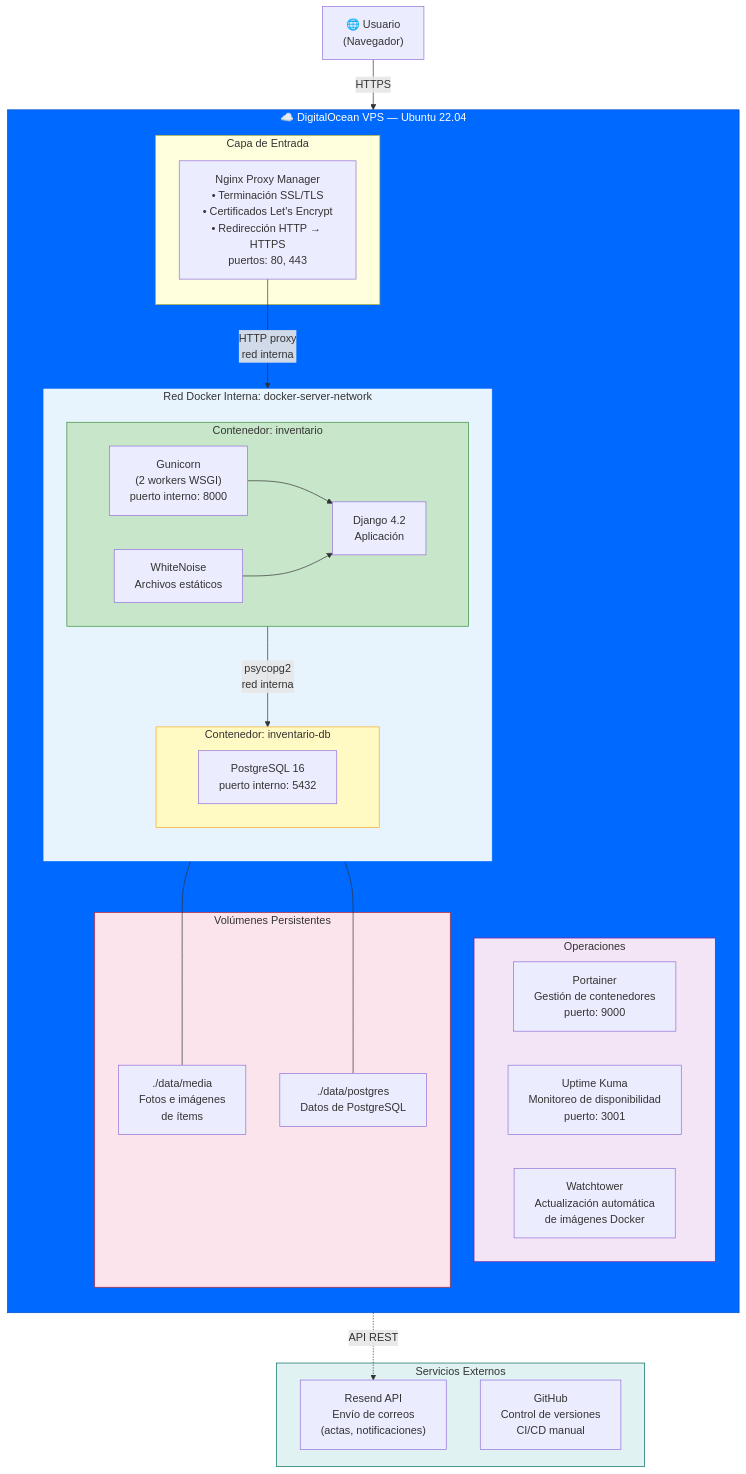
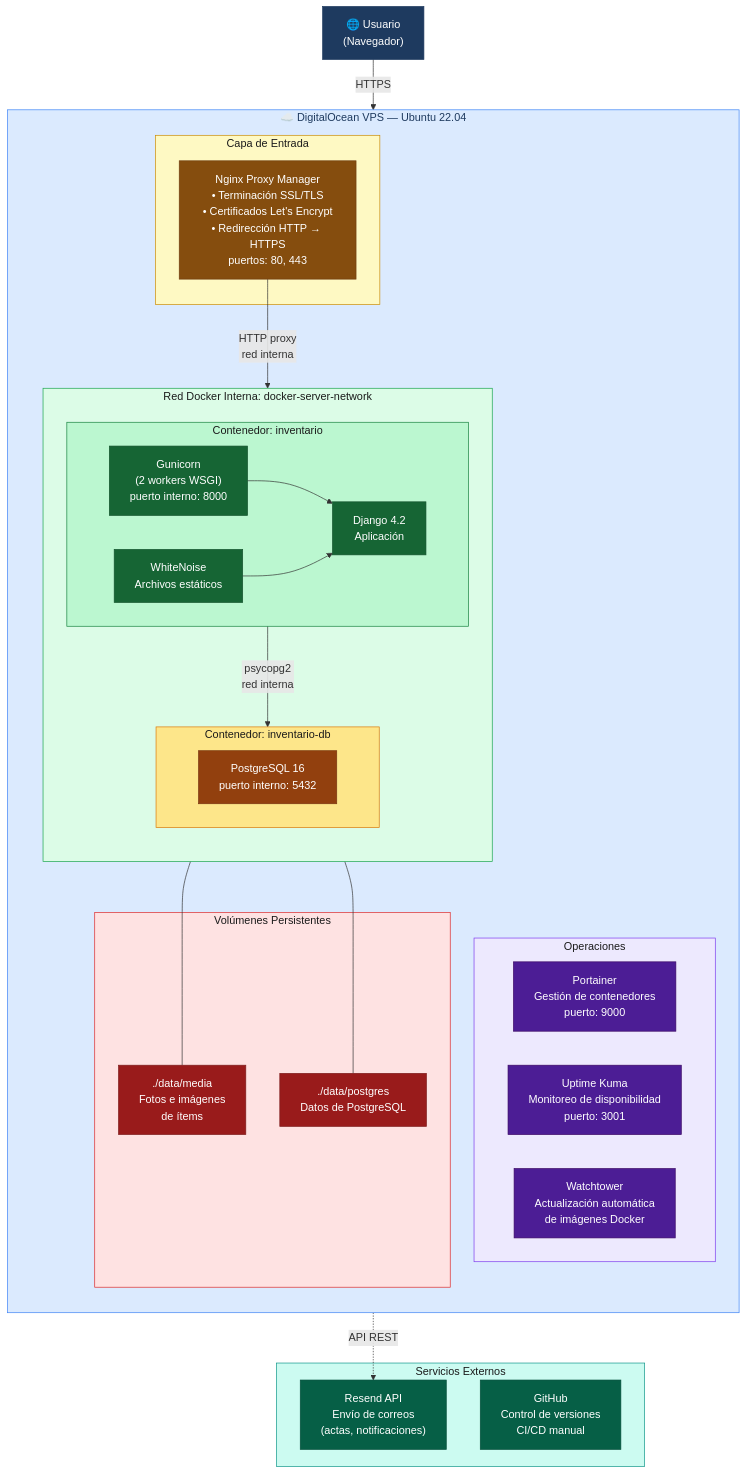
One commit to AlbertoKnow/Inventario changed the first of 5 diagrams in ARQUITECTURA.md. Above: the diagram before and after it, drawn with Mermaid.

Commit message:
fix: Corregir colores del diagrama de arquitectura para mejor legibilidad

````diff
--- a/ARQUITECTURA.md
+++ b/ARQUITECTURA.md
@@ -9,60 +9,75 @@
 ```mermaid
 graph TD
     USER["🌐 Usuario\n(Navegador)"]
 
     subgraph DO["☁️ DigitalOcean VPS — Ubuntu 22.04"]
         direction TB
 
         subgraph PROXY_LAYER["Capa de Entrada"]
             NPM["Nginx Proxy Manager\n• Terminación SSL/TLS\n• Certificados Let's Encrypt\n• Redirección HTTP → HTTPS\npuertos: 80, 443"]
         end
 
         subgraph NET["Red Docker Interna: docker-server-network"]
             direction TB
 
             subgraph APP_CONTAINER["Contenedor: inventario"]
                 GUNICORN["Gunicorn\n(2 workers WSGI)\npuerto interno: 8000"]
                 DJANGO["Django 4.2\nAplicación"]
                 WHITENOISE["WhiteNoise\nArchivos estáticos"]
                 GUNICORN --> DJANGO
                 WHITENOISE --> DJANGO
             end
 
             subgraph DB_CONTAINER["Contenedor: inventario-db"]
                 PG["PostgreSQL 16\npuerto interno: 5432"]
             end
 
             APP_CONTAINER -->|"psycopg2\nred interna"| DB_CONTAINER
         end
 
         subgraph OPS["Operaciones"]
             PORTAINER["Portainer\nGestión de contenedores\npuerto: 9000"]
             KUMA["Uptime Kuma\nMonitoreo de disponibilidad\npuerto: 3001"]
             WATCHTOWER["Watchtower\nActualización automática\nde imágenes Docker"]
         end
 
         subgraph VOLUMES["Volúmenes Persistentes"]
             VOL_MEDIA["./data/media\nFotos e imágenes\nde ítems"]
             VOL_DB["./data/postgres\nDatos de PostgreSQL"]
         end
     end
 
     subgraph EXT["Servicios Externos"]
         RESEND["Resend API\nEnvío de correos\n(actas, notificaciones)"]
         GIT["GitHub\nControl de versiones\nCI/CD manual"]
     end
 
     USER -->|"HTTPS"| NPM
     NPM -->|"HTTP proxy\nred interna"| APP_CONTAINER
     APP_CONTAINER -.->|"API REST"| RESEND
     APP_CONTAINER --- VOL_MEDIA
     DB_CONTAINER --- VOL_DB
 
-    style DO fill:#0069ff,color:#fff,stroke:#0050cc
-    style NET fill:#e8f4fd,stroke:#0069ff
-    style APP_CONTAINER fill:#c8e6c9,stroke:#388e3c
-    style DB_CONTAINER fill:#fff9c4,stroke:#f9a825
-    style OPS fill:#f3e5f5,stroke:#7b1fa2
-    style VOLUMES fill:#fce4ec,stroke:#c62828
-    style EXT fill:#e0f2f1,stroke:#00695c
+    style DO fill:#dbeafe,color:#1e3a5f,stroke:#3b82f6
+    style PROXY_LAYER fill:#fef9c3,color:#1a1a1a,stroke:#ca8a04
+    style NET fill:#dcfce7,color:#1a1a1a,stroke:#16a34a
+    style APP_CONTAINER fill:#bbf7d0,color:#1a1a1a,stroke:#15803d
+    style DB_CONTAINER fill:#fde68a,color:#1a1a1a,stroke:#d97706
+    style OPS fill:#ede9fe,color:#1a1a1a,stroke:#7c3aed
+    style VOLUMES fill:#fee2e2,color:#1a1a1a,stroke:#dc2626
+    style EXT fill:#ccfbf1,color:#1a1a1a,stroke:#0d9488
+
+    style USER fill:#1e3a5f,color:#ffffff,stroke:#1e3a5f
+    style NPM fill:#854d0e,color:#ffffff,stroke:#713f12
+    style GUNICORN fill:#166534,color:#ffffff,stroke:#14532d
+    style DJANGO fill:#166534,color:#ffffff,stroke:#14532d
+    style WHITENOISE fill:#166534,color:#ffffff,stroke:#14532d
+    style PG fill:#92400e,color:#ffffff,stroke:#78350f
+    style PORTAINER fill:#4c1d95,color:#ffffff,stroke:#3b0764
+    style KUMA fill:#4c1d95,color:#ffffff,stroke:#3b0764
+    style WATCHTOWER fill:#4c1d95,color:#ffffff,stroke:#3b0764
+    style VOL_MEDIA fill:#991b1b,color:#ffffff,stroke:#7f1d1d
+    style VOL_DB fill:#991b1b,color:#ffffff,stroke:#7f1d1d
+    style RESEND fill:#065f46,color:#ffffff,stroke:#064e3b
+    style GIT fill:#065f46,color:#ffffff,stroke:#064e3b
 ```
````
